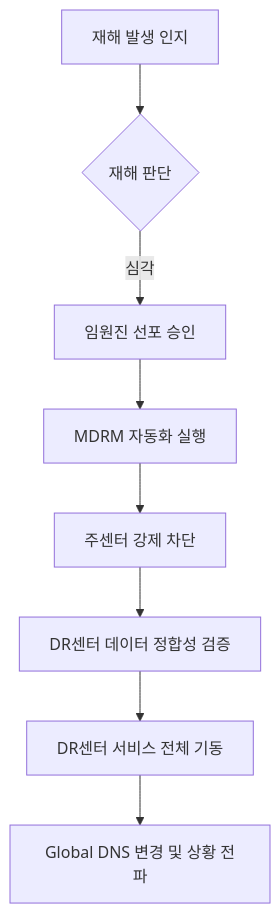
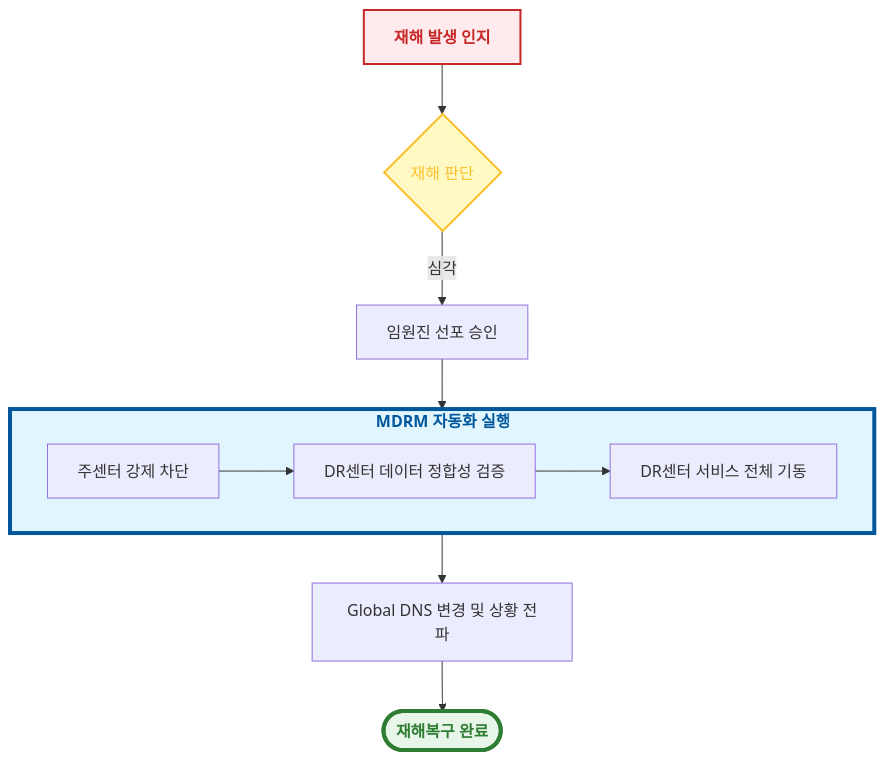
The diagram in docs/day3/MDRM_워크플로우_시나리오.md (ai-uzoogom/MDRM_manual), drawn with Mermaid before and after one commit. The commit also changed 10 other files, not shown here.

````diff
--- a/docs/day3/MDRM_워크플로우_시나리오.md
+++ b/docs/day3/MDRM_워크플로우_시나리오.md
@@ -38,10 +38,19 @@
 ```mermaid
 graph TD
     A[재해 발생 인지] --> B{재해 판단}
     B -- "심각" --> C[임원진 선포 승인]
-    C --> D[MDRM 자동화 실행]
-    D --> E[주센터 강제 차단]
-    E --> F[DR센터 데이터 정합성 검증]
-    F --> G[DR센터 서비스 전체 기동]
-    G --> H[Global DNS 변경 및 상황 전파]
+    C --> D
+
+    subgraph D [MDRM 자동화 실행]
+        E[주센터 강제 차단] --> F[DR센터 데이터 정합성 검증]
+        F --> G[DR센터 서비스 전체 기동]
+    end
+
+    D --> H[Global DNS 변경 및 상황 전파]
+    H --> I([재해복구 완료])
+
+    style A fill:#ffebee,stroke:#c62828,stroke-width:2px,color:#c62828,font-weight:bold
+    style B fill:#fff9c4,stroke:#fbc02d,stroke-width:2px,color:#fbc02d
+    style D fill:#e1f5fe,stroke:#01579b,stroke-width:4px,color:#01579b,font-weight:bold
+    style I fill:#e8f5e9,stroke:#2e7d32,stroke-width:4px,color:#2e7d32,font-weight:bold
 ```
````
